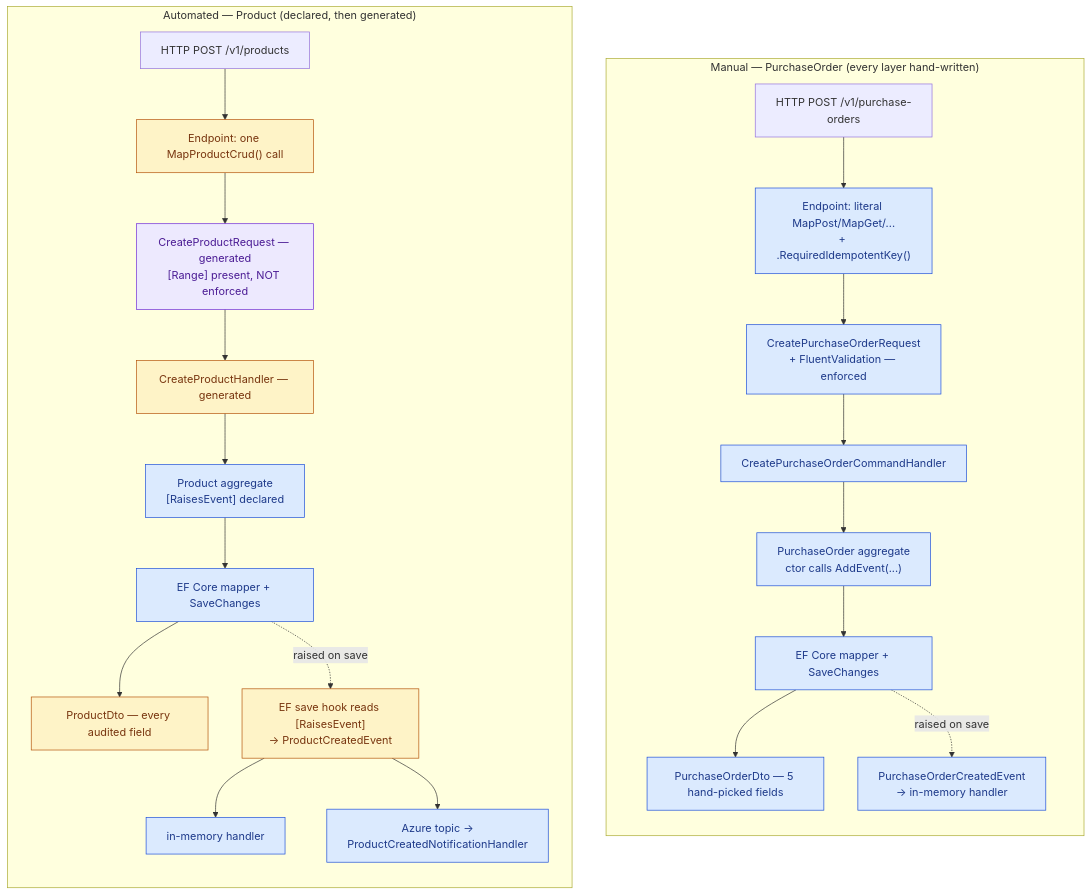
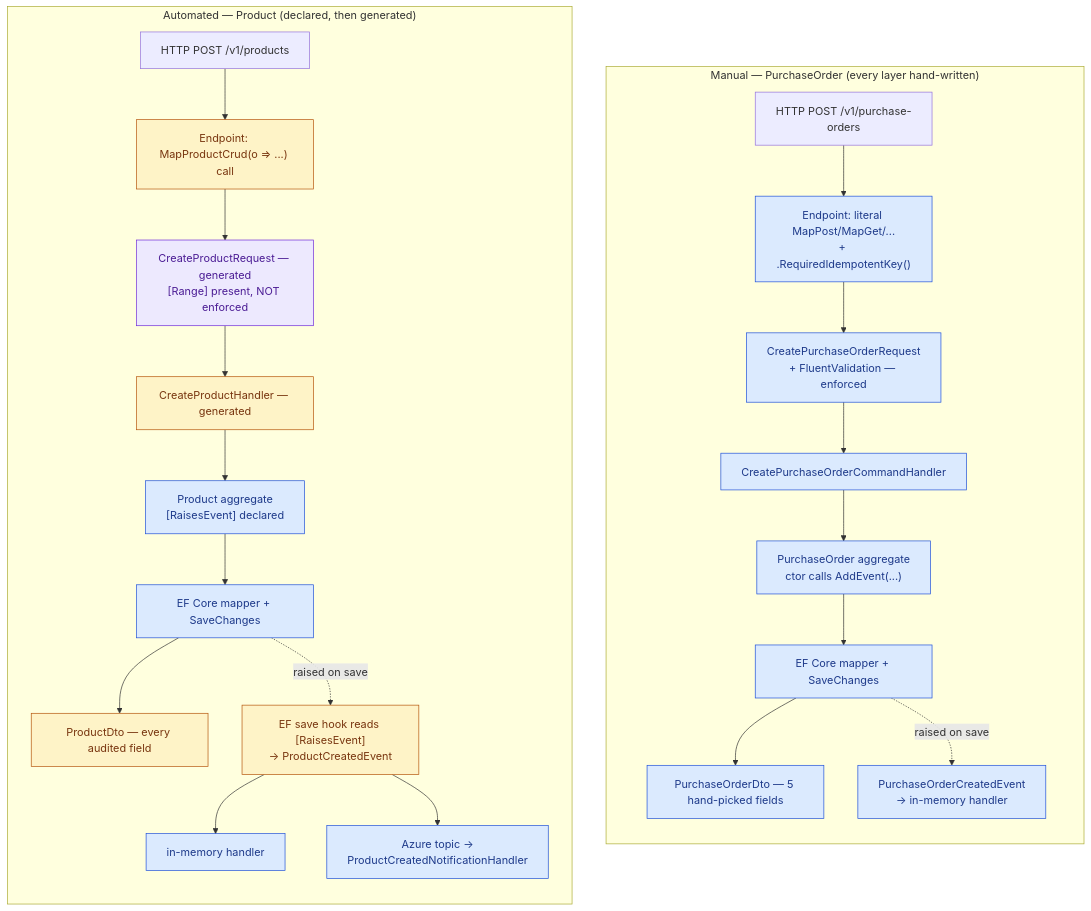
The diagram in docs/samples/manual-vs-automated.md (baoduy/DKNet.Templates), drawn with Mermaid before and after one commit. The commit also changed other lines of this file and 16 other files, not shown here.

````diff
--- a/docs/samples/manual-vs-automated.md
+++ b/docs/samples/manual-vs-automated.md
@@ -56,38 +62,38 @@
 ```mermaid
 flowchart TB
     classDef hand fill:#dbeafe,stroke:#1d4ed8,color:#1e3a8a;
     classDef gen fill:#fef3c7,stroke:#b45309,color:#78350f;
     classDef lib fill:#ede9fe,stroke:#6d28d9,color:#4c1d95;
 
     subgraph MANUAL["Manual — PurchaseOrder (every layer hand-written)"]
         direction TB
         Mreq["HTTP POST /v1/purchase-orders"]
         M1["Endpoint: literal MapPost/MapGet/...<br/>+ .RequiredIdempotentKey()"]:::hand
         M2["CreatePurchaseOrderRequest<br/>+ FluentValidation — enforced"]:::hand
         M3["CreatePurchaseOrderCommandHandler"]:::hand
         M4["PurchaseOrder aggregate<br/>ctor calls AddEvent(...)"]:::hand
         M5["EF Core mapper + SaveChanges"]:::hand
         M6["PurchaseOrderDto — 5 hand-picked fields"]:::hand
         Mev["PurchaseOrderCreatedEvent<br/>→ in-memory handler"]:::hand
         Mreq --> M1 --> M2 --> M3 --> M4 --> M5 --> M6
         M5 -. raised on save .-> Mev
     end
 
     subgraph AUTO["Automated — Product (declared, then generated)"]
         direction TB
         Areq["HTTP POST /v1/products"]
-        A1["Endpoint: one MapProductCrud() call"]:::gen
+        A1["Endpoint: MapProductCrud(o => ...) call"]:::gen
         A2["CreateProductRequest — generated<br/>[Range] present, NOT enforced"]:::lib
         A3["CreateProductHandler — generated"]:::gen
         A4["Product aggregate<br/>[RaisesEvent] declared"]:::hand
         A5["EF Core mapper + SaveChanges"]:::hand
         A6["ProductDto — every audited field"]:::gen
         Aev["EF save hook reads [RaisesEvent]<br/>→ ProductCreatedEvent"]:::gen
         Ain["in-memory handler"]:::hand
         Aext["Azure topic →<br/>ProductCreatedNotificationHandler"]:::hand
         Areq --> A1 --> A2 --> A3 --> A4 --> A5 --> A6
         A5 -. raised on save .-> Aev
         Aev --> Ain
         Aev --> Aext
     end
 ```
````
